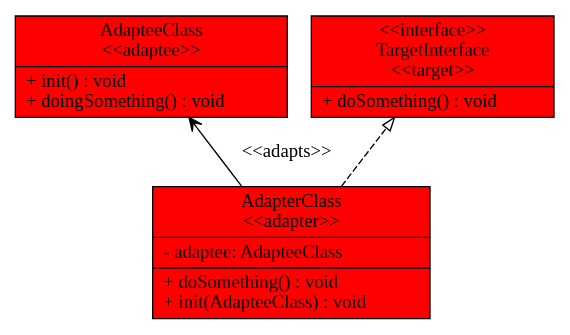
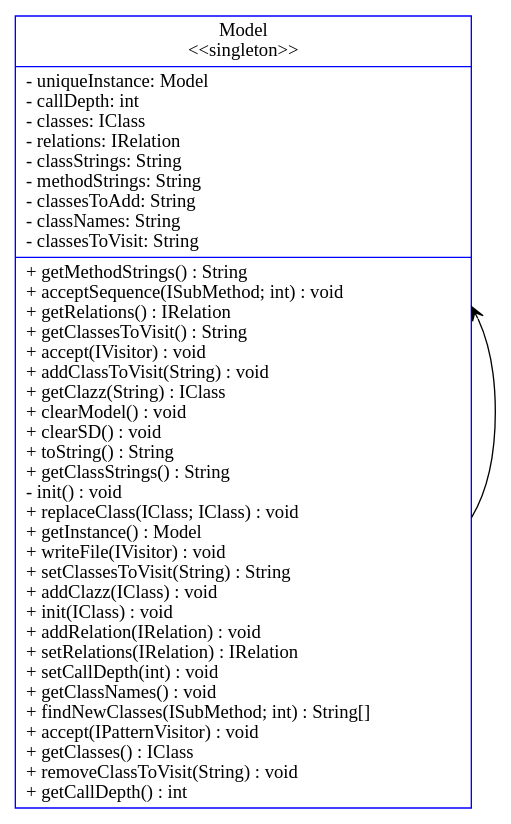
The diagram in input_output/model.gv (tpunt3/Csse374), drawn with Graphviz before and after one commit. The commit also changed 10 other files, not shown here.

```diff
--- a/input_output/model.gv
+++ b/input_output/model.gv
@@ -1,21 +1,10 @@
 digraph model{
 rankdir = BT;
-AdapterClass [
-shape="record",style="filled",fillcolor=red
-label = "{AdapterClass\n\<\<adapter\>\>|- adaptee: AdapteeClass\l|+ doSomething() : void\l+ init(AdapteeClass) : void\l}"
-];
-
-AdapteeClass [
-shape="record",style="filled",fillcolor=red
-label = "{AdapteeClass\n\<\<adaptee\>\>|+ init() : void\l+ doingSomething() : void\l}"
-];
-
-TargetInterface [
-shape="record",style="filled",fillcolor=red
-label = "{\<\<interface\>\>\nTargetInterface\n\<\<target\>\>| + doSomething() : void\l}"
+Model [
+shape="record",color=blue
+label = "{Model\n\<\<singleton\>\>|- uniqueInstance: Model\l- callDepth: int\l- classes: IClass\l- relations: IRelation\l- classStrings: String\l- methodStrings: String\l- classesToAdd: String\l- classNames: String\l- classesToVisit: String\l|+ getMethodStrings() : String\l+ acceptSequence(ISubMethod; int) : void\l+ getRelations() : IRelation\l+ getClassesToVisit() : String\l+ accept(IVisitor) : void\l+ addClassToVisit(String) : void\l+ getClazz(String) : IClass\l+ clearModel() : void\l+ clearSD() : void\l+ toString() : String\l+ getClassStrings() : String\l- init() : void\l+ replaceClass(IClass; IClass) : void\l+ getInstance() : Model\l+ writeFile(IVisitor) : void\l+ setClassesToVisit(String) : String\l+ addClazz(IClass) : void\l+ init(IClass) : void\l+ addRelation(IRelation) : void\l+ setRelations(IRelation) : IRelation\l+ setCallDepth(int) : void\l+ getClassNames() : void\l+ findNewClasses(ISubMethod; int) : String[]\l+ accept(IPatternVisitor) : void\l+ getClasses() : IClass\l+ removeClassToVisit(String) : void\l+ getCallDepth() : int\l}"
 ];
 
 //writing relations between classes now
-AdapterClass -> TargetInterface [arrowhead = "empty", style = "dashed"];
-AdapterClass -> AdapteeClass [arrowhead = "vee", label = "\<\<adapts\>\>"];
+Model -> Model [arrowhead = "vee"];
 }
```
